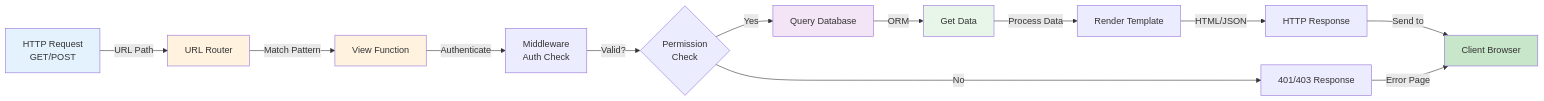
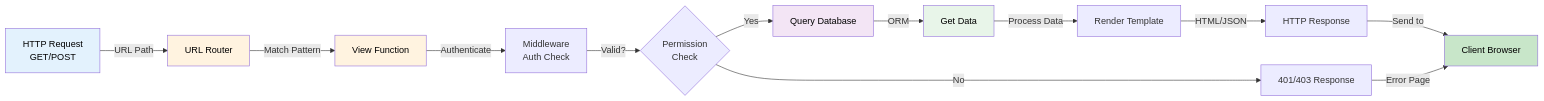
Before and after one commit to shashankpandey04/event_manager: diagram 12 of 16 in LLD_DIA.md, drawn with Mermaid. The commit also changed other lines of this file, not shown here.

Commit message:
fix: Update style attributes in LLD flow diagrams for consistent color formatting

````diff
--- a/LLD_DIA.md
+++ b/LLD_DIA.md
@@ -321,22 +321,22 @@
 ```mermaid
 graph LR
     A["HTTP Request<br/>GET/POST"] -->|URL Path| B["URL Router"]
     B -->|Match Pattern| C["View Function"]
     C -->|Authenticate| D["Middleware<br/>Auth Check"]
     D -->|Valid?| E{"Permission<br/>Check"}
     E -->|No| F["401/403 Response"]
     E -->|Yes| G["Query Database"]
     G -->|ORM| H["Get Data"]
     H -->|Process Data| I["Render Template"]
     I -->|HTML/JSON| J["HTTP Response"]
     J -->|Send to| K["Client Browser"]
     
     F -->|Error Page| K
     
-    style A fill:#e3f2fd
-    style B fill:#fff3e0
-    style C fill:#fff3e0
-    style G fill:#f3e5f5
-    style H fill:#e8f5e9
-    style K fill:#c8e6c9
+    style A fill:#e3f2fd,color:#000000
+    style B fill:#fff3e0,color:#000000
+    style C fill:#fff3e0,color:#000000
+    style G fill:#f3e5f5,color:#000000
+    style H fill:#e8f5e9,color:#000000
+    style K fill:#c8e6c9,color:#000000
 ```
````
